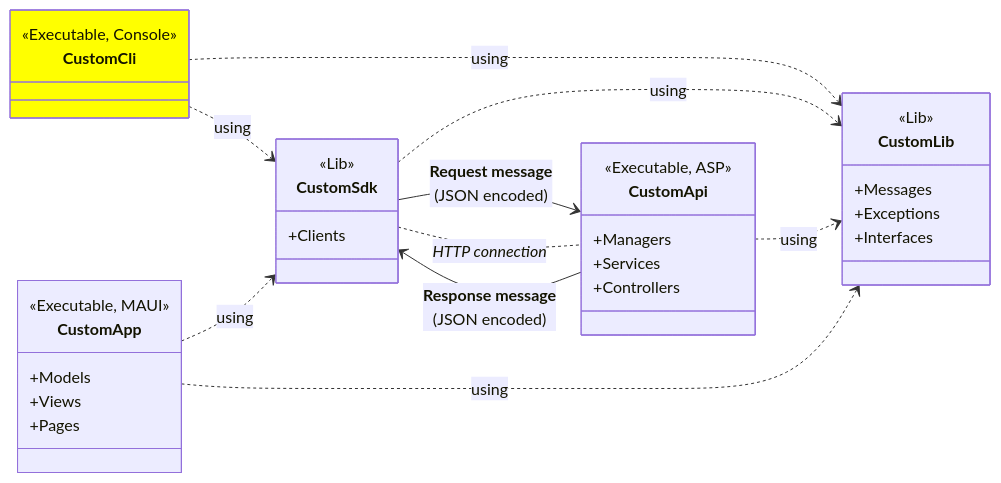
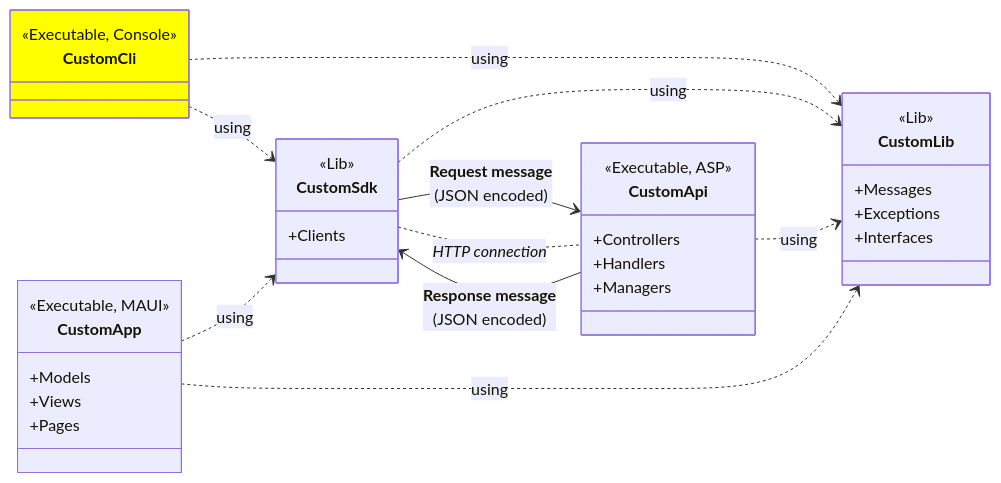
The diagram in Models/Package/Cli.mmd (ghackenberg/csharp-maui-aspnet-sample), drawn with Mermaid before and after one commit. The commit also changed 21 other files, not shown here.

```diff
--- a/Models/Package/Cli.mmd
+++ b/Models/Package/Cli.mmd
@@ -1,40 +1,40 @@
 classDiagram
     direction LR
 
     class CustomCli {
         <<Executable, Console>>
     }
     class CustomApp {
         <<Executable, MAUI>>
         +Models
         +Views
         +Pages
     }
     class CustomApi {
         <<Executable, ASP>>
+        +Controllers
+        +Handlers
         +Managers
-        +Services
-        +Controllers
     }
     class CustomSdk {
         <<Lib>>
         +Clients
     }
     class CustomLib {
         <<Lib>>
         +Messages
         +Exceptions
         +Interfaces
     }
 
     CustomCli ..> CustomLib : using
     CustomCli ..> CustomSdk : using
     CustomApp ..> CustomSdk : using
     CustomSdk ..> CustomLib : using
     CustomSdk --> CustomApi : <b>Request message</b><br/>(JSON encoded)
     CustomSdk .. CustomApi : <i>HTTP connection</i>
     CustomSdk <-- CustomApi : <b>Response message</b><br/>(JSON encoded)
     CustomApi ..> CustomLib : using
     CustomApp ..> CustomLib : using
 
     style CustomCli fill:yellow
```
